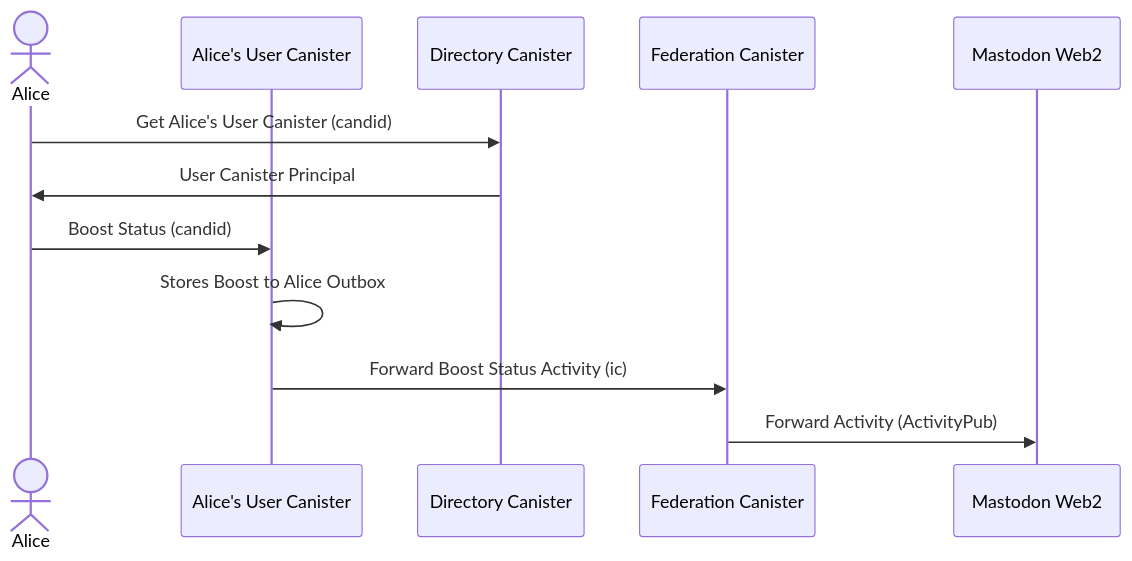
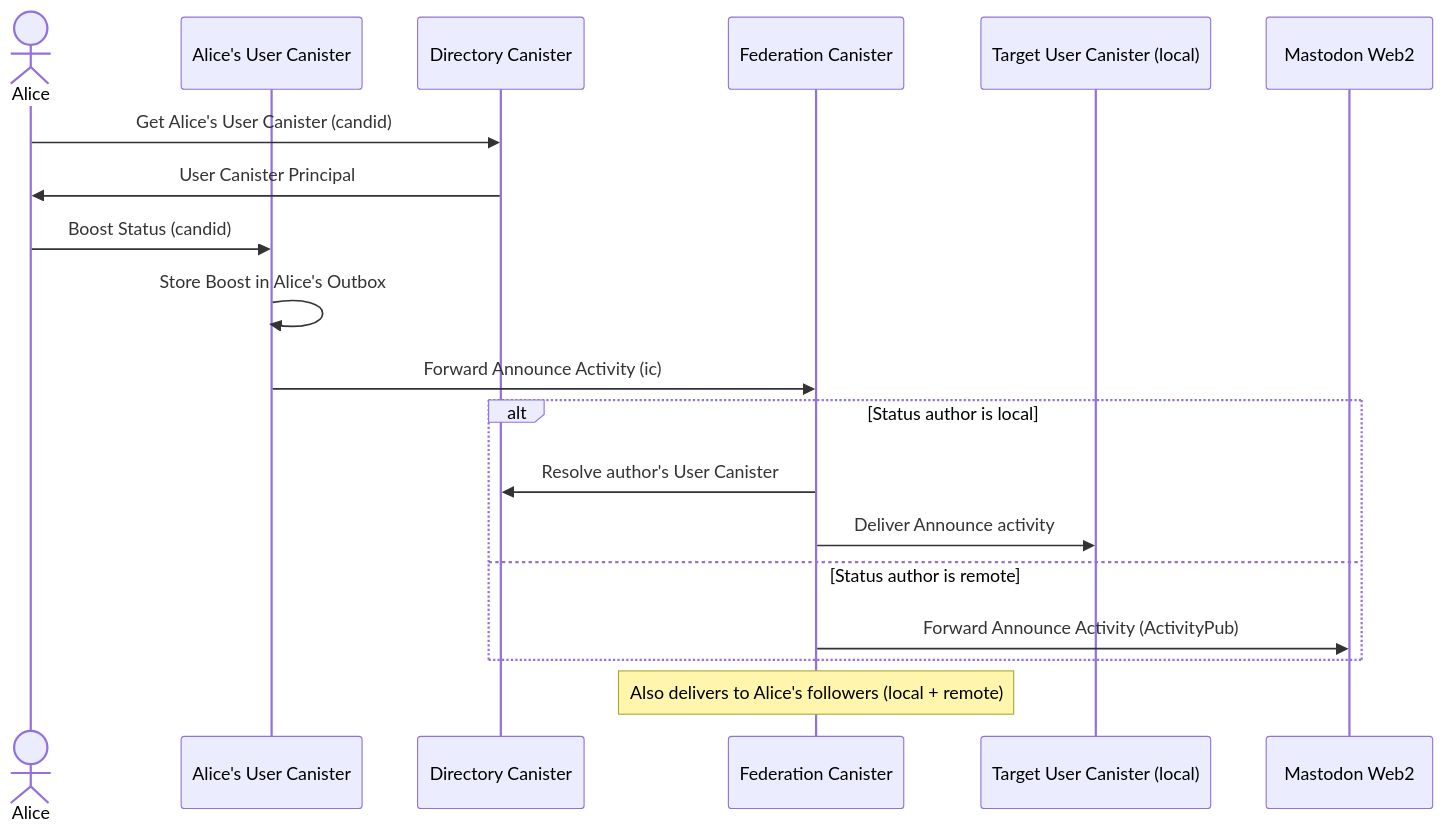
One commit to veeso/mastic changed diagram 12 of 15 in docs/architecture/README.md. Above: the diagram before and after it, drawn with Mermaid. The commit also changed other lines of this file and 5 other files, not shown here.

Commit message:
docs: updated documentation of arch and activity pub

````diff
--- a/docs/architecture/README.md
+++ b/docs/architecture/README.md
@@ -175,15 +284,22 @@
 ```mermaid
 sequenceDiagram
     actor A as Alice
     participant UC as Alice's User Canister
     participant DIR as Directory Canister
     participant FED as Federation Canister
+    participant TUC as Target User Canister (local)
     participant M as Mastodon Web2
 
     A->>DIR: Get Alice's User Canister (candid)
     DIR->>A: User Canister Principal
     A->>UC: Boost Status (candid)
-    UC->>UC: Stores Boost to Alice Outbox
-    UC->>FED: Forward Boost Status Activity (ic)
-    FED->>M: Forward Activity (ActivityPub)
+    UC->>UC: Store Boost in Alice's Outbox
+    UC->>FED: Forward Announce Activity (ic)
+    alt Status author is local
+        FED->>DIR: Resolve author's User Canister
+        FED->>TUC: Deliver Announce activity
+    else Status author is remote
+        FED->>M: Forward Announce Activity (ActivityPub)
+    end
+    Note over FED: Also delivers to Alice's followers (local + remote)
 ```
````
